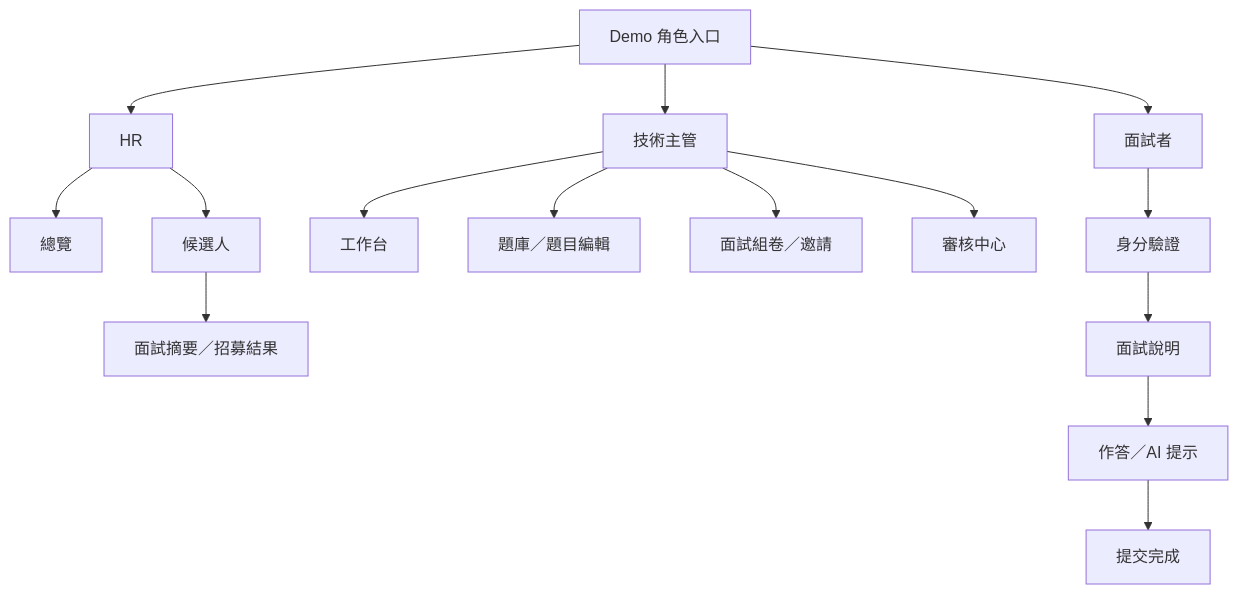
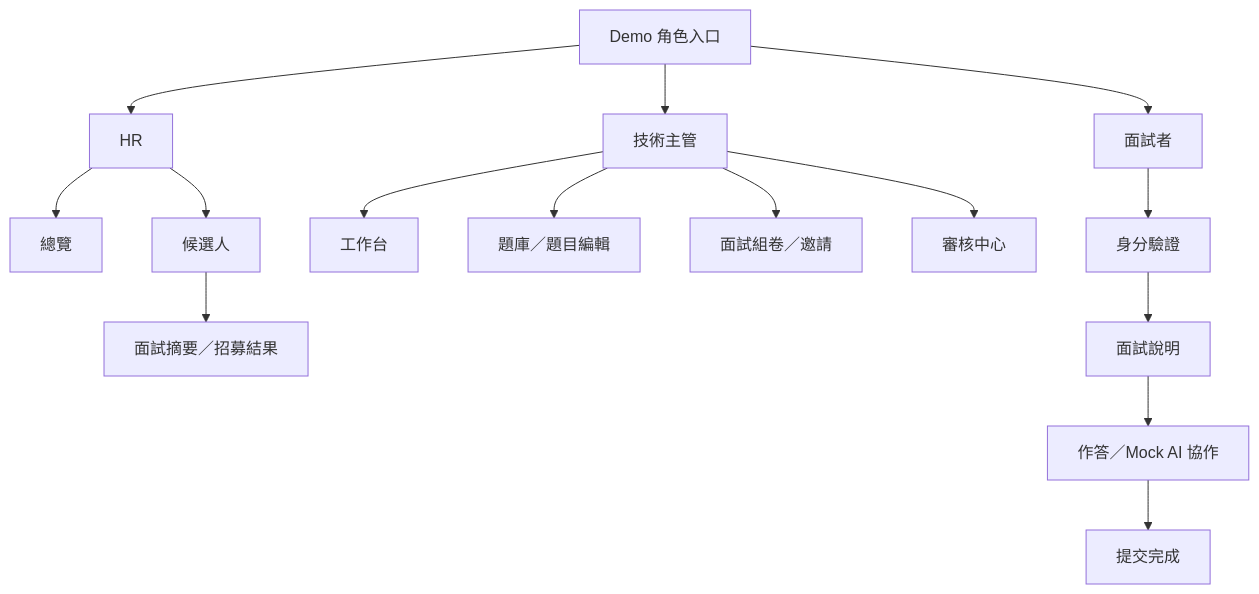
Before and after one commit to nicholas950293/Talentscope: the second of 2 diagrams in docs/PDD.md, drawn with Mermaid. The commit also changed other lines of this file and 17 other files, not shown here.

````diff
--- a/docs/PDD.md
+++ b/docs/PDD.md
@@ -107,17 +107,17 @@
 ```mermaid
 flowchart TD
     Entry["Demo 角色入口"] --> HR["HR"]
     Entry --> Tech["技術主管"]
     Entry --> Cand["面試者"]
     HR --> HRDash["總覽"]
     HR --> Candidates["候選人"]
     Candidates --> HRSummary["面試摘要／招募結果"]
     Tech --> TechDash["工作台"]
     Tech --> Bank["題庫／題目編輯"]
     Tech --> Builder["面試組卷／邀請"]
     Tech --> Review["審核中心"]
     Cand --> Verify["身分驗證"]
     Verify --> Brief["面試說明"]
-    Brief --> Exam["作答／AI 提示"]
+Brief --> Exam["作答／Mock AI 協作"]
     Exam --> Done["提交完成"]
 ```
````
